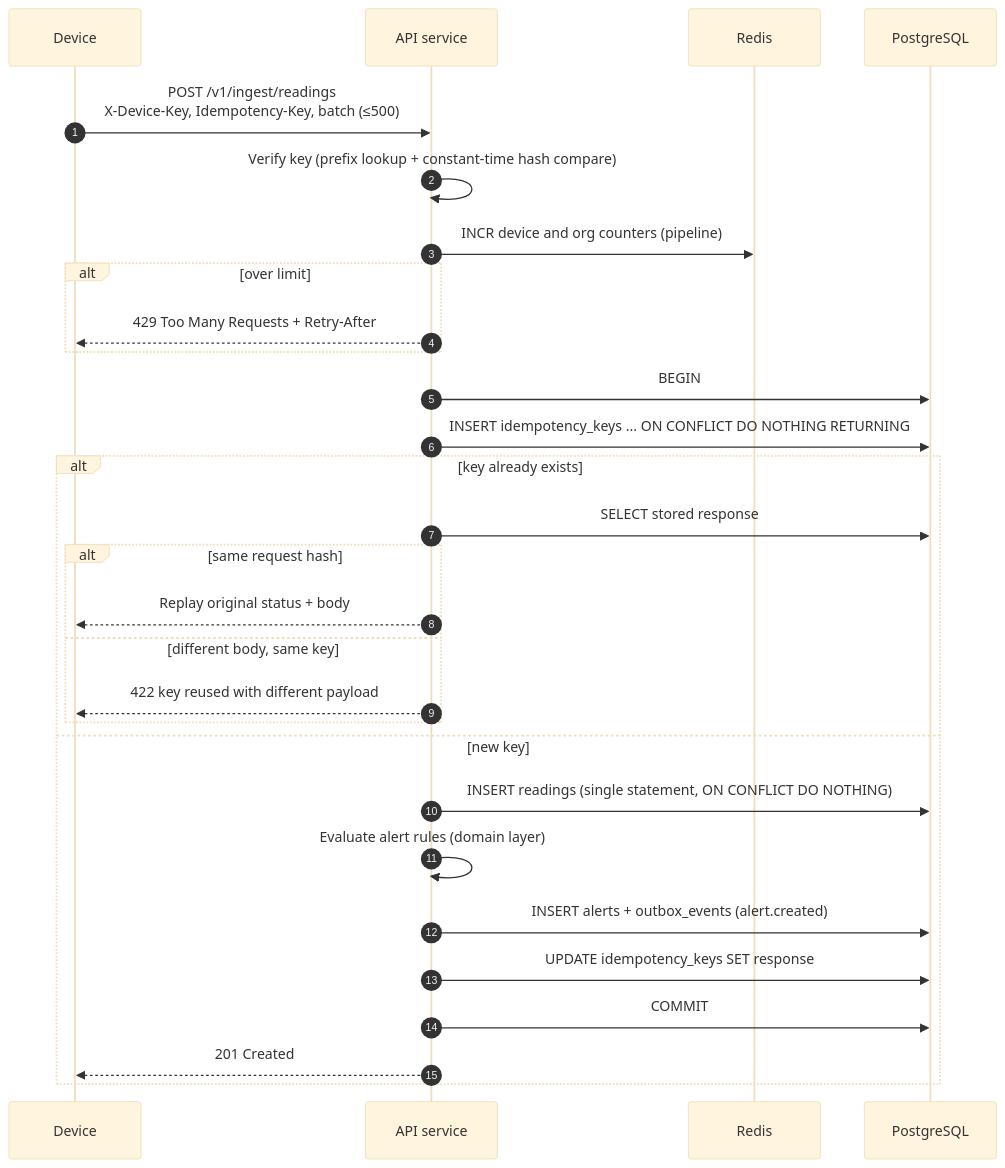
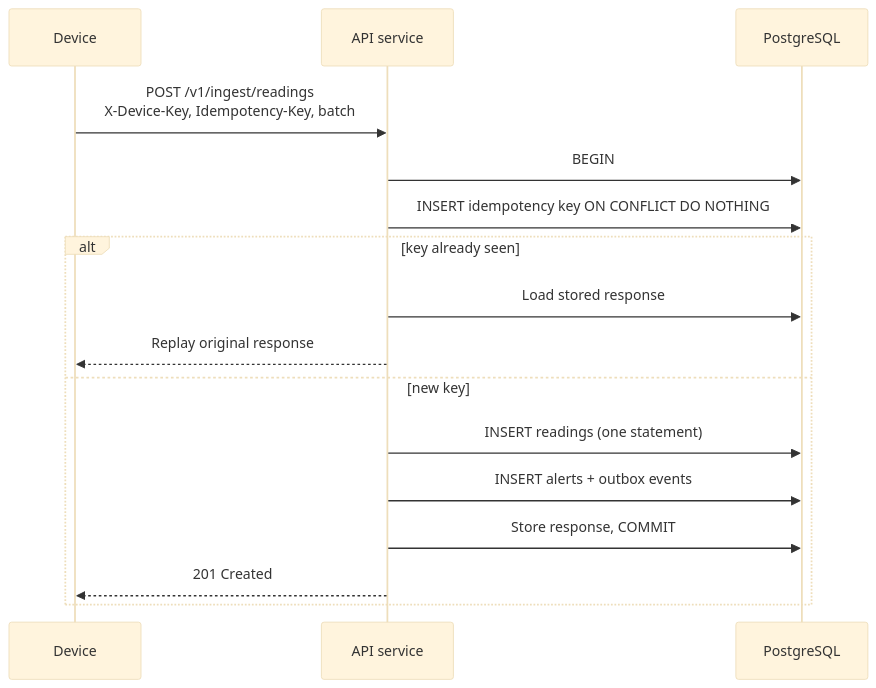
Before and after one commit to sdukea/tessel: the second of 3 diagrams in README.md, drawn with Mermaid (base theme). The commit also changed other lines of this file, not shown here.

````diff
--- a/README.md
+++ b/README.md
@@ -156,32 +63,19 @@
 ```mermaid
 sequenceDiagram
-    autonumber
     participant Dev as Device
     participant API as API service
-    participant RL as Redis
     participant DB as PostgreSQL
 
-    Dev->>API: POST /v1/ingest/readings<br/>X-Device-Key, Idempotency-Key, batch (≤500)
-    API->>API: Verify key (prefix lookup + constant-time hash compare)
-    API->>RL: INCR device and org counters (pipeline)
-    alt over limit
-        API-->>Dev: 429 Too Many Requests + Retry-After
-    end
+    Dev->>API: POST /v1/ingest/readings<br/>X-Device-Key, Idempotency-Key, batch
     API->>DB: BEGIN
-    API->>DB: INSERT idempotency_keys ... ON CONFLICT DO NOTHING RETURNING
-    alt key already exists
-        API->>DB: SELECT stored response
-        alt same request hash
-            API-->>Dev: Replay original status + body
-        else different body, same key
-            API-->>Dev: 422 key reused with different payload
-        end
+    API->>DB: INSERT idempotency key ON CONFLICT DO NOTHING
+    alt key already seen
+        API->>DB: Load stored response
+        API-->>Dev: Replay original response
     else new key
-        API->>DB: INSERT readings (single statement, ON CONFLICT DO NOTHING)
-        API->>API: Evaluate alert rules (domain layer)
-        API->>DB: INSERT alerts + outbox_events (alert.created)
-        API->>DB: UPDATE idempotency_keys SET response
-        API->>DB: COMMIT
+        API->>DB: INSERT readings (one statement)
+        API->>DB: INSERT alerts + outbox events
+        API->>DB: Store response, COMMIT
         API-->>Dev: 201 Created
     end
 ```
````
